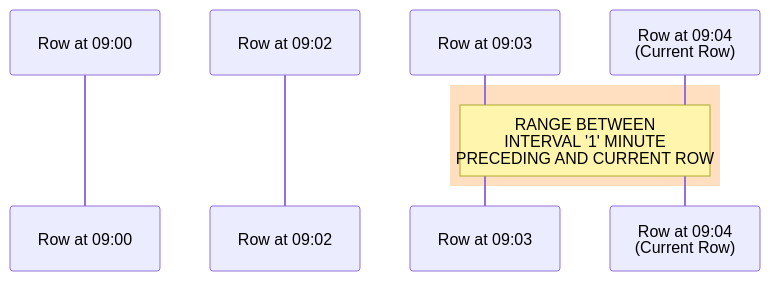
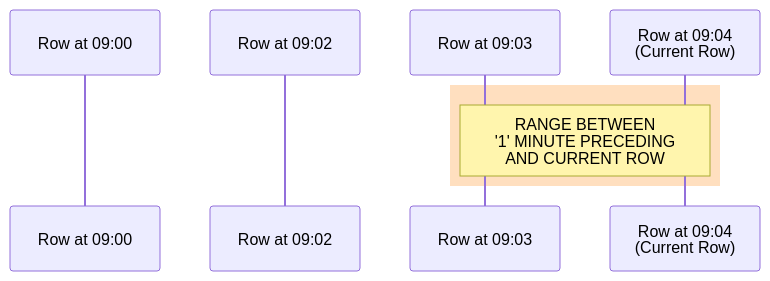
One commit to questdb/documentation changed the third of 3 diagrams in documentation/reference/function/window.md. Above: the diagram before and after it, drawn with Mermaid. The commit also changed other lines of this file, not shown here.

Commit message:
better RANGE example

````diff
--- a/documentation/reference/function/window.md
+++ b/documentation/reference/function/window.md
@@ -199,11 +199,11 @@
 ```mermaid
 sequenceDiagram
     participant R1 as Row at 09:00
     participant R2 as Row at 09:02
     participant R3 as Row at 09:03
     participant R4 as Row at 09:04<br/>(Current Row)
 
     rect rgba(255, 223, 191)
-    Note over R3,R4: RANGE BETWEEN<br/>INTERVAL '1' MINUTE<br/>PRECEDING AND CURRENT ROW
+    Note over R3,R4: RANGE BETWEEN<br/>'1' MINUTE PRECEDING<br/>AND CURRENT ROW
     end
 ```
````
